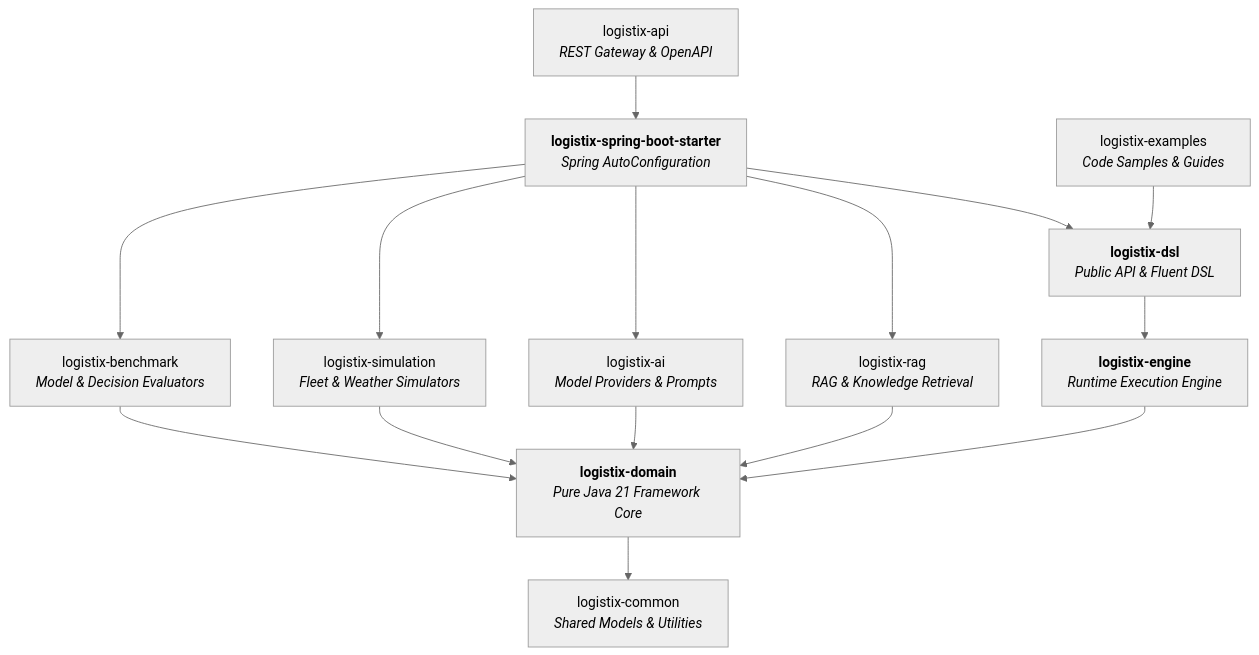
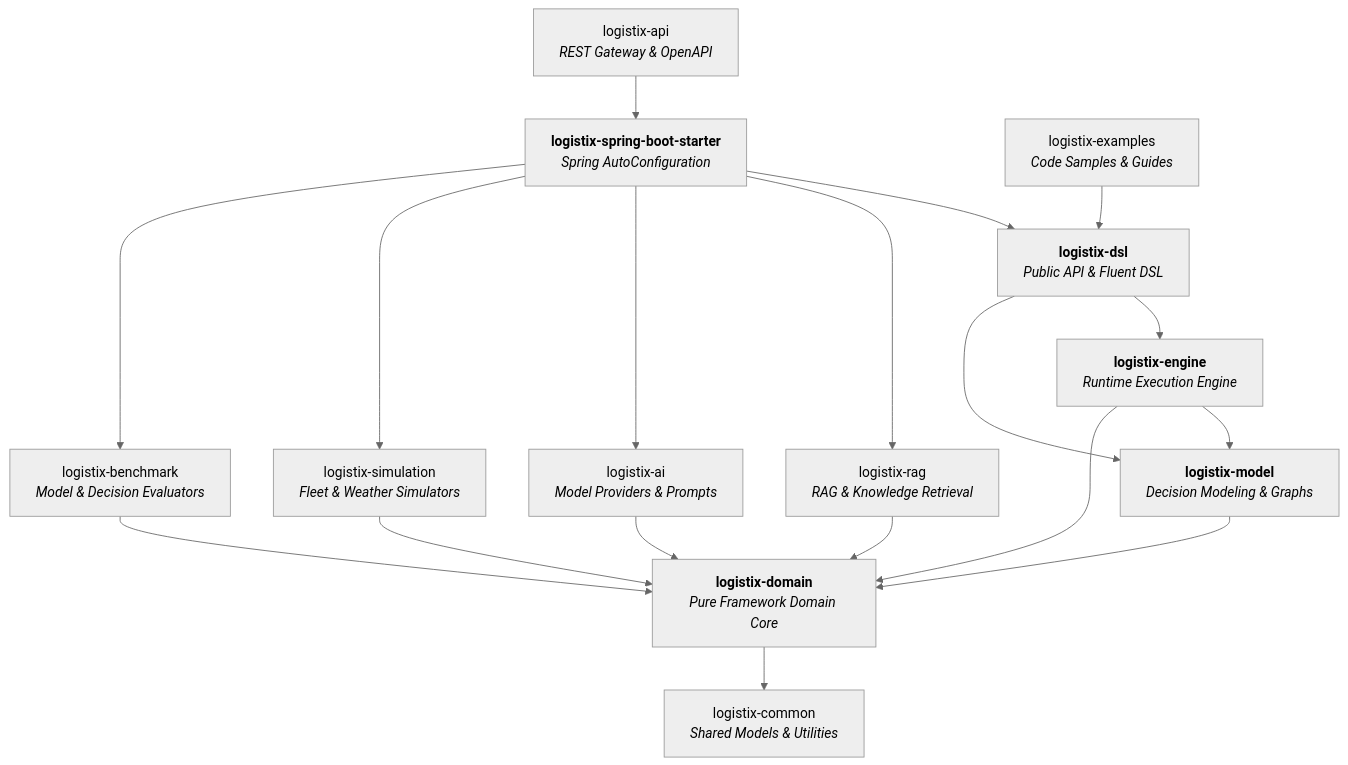
One commit to venukommu/LogistiX changed the second of 2 diagrams in architecture/ARCHITECTURE.md. Above: the diagram before and after it, drawn with Mermaid (neutral theme). The commit also changed other lines of this file and 56 other files, not shown here.

First line of the commit message:
feat(model): transform LogistiX into Decision Intelligence Platform with logistix-model

````diff
--- a/architecture/ARCHITECTURE.md
+++ b/architecture/ARCHITECTURE.md
@@ -138,21 +166,25 @@
 ```mermaid
 graph TD
     api[logistix-api<br/><i>REST Gateway & OpenAPI</i>] --> starter[<b>logistix-spring-boot-starter</b><br/><i>Spring AutoConfiguration</i>]
     starter --> dsl[<b>logistix-dsl</b><br/><i>Public API & Fluent DSL</i>]
     examples[logistix-examples<br/><i>Code Samples & Guides</i>] --> dsl
     
     dsl --> engine[<b>logistix-engine</b><br/><i>Runtime Execution Engine</i>]
-    engine --> domain[<b>logistix-domain</b><br/><i>Pure Java 21 Framework Core</i>]
+    dsl --> model[<b>logistix-model</b><br/><i>Decision Modeling & Graphs</i>]
+    engine --> model
+    
+    engine --> domain[<b>logistix-domain</b><br/><i>Pure Framework Domain Core</i>]
+    model --> domain
     
     starter --> rag[logistix-rag<br/><i>RAG & Knowledge Retrieval</i>]
     starter --> ai[logistix-ai<br/><i>Model Providers & Prompts</i>]
     starter --> sim[logistix-simulation<br/><i>Fleet & Weather Simulators</i>]
     starter --> bm[logistix-benchmark<br/><i>Model & Decision Evaluators</i>]
     
     rag --> domain
     ai --> domain
     sim --> domain
     bm --> domain
     
     domain --> common[logistix-common<br/><i>Shared Models & Utilities</i>]
 ```
````
